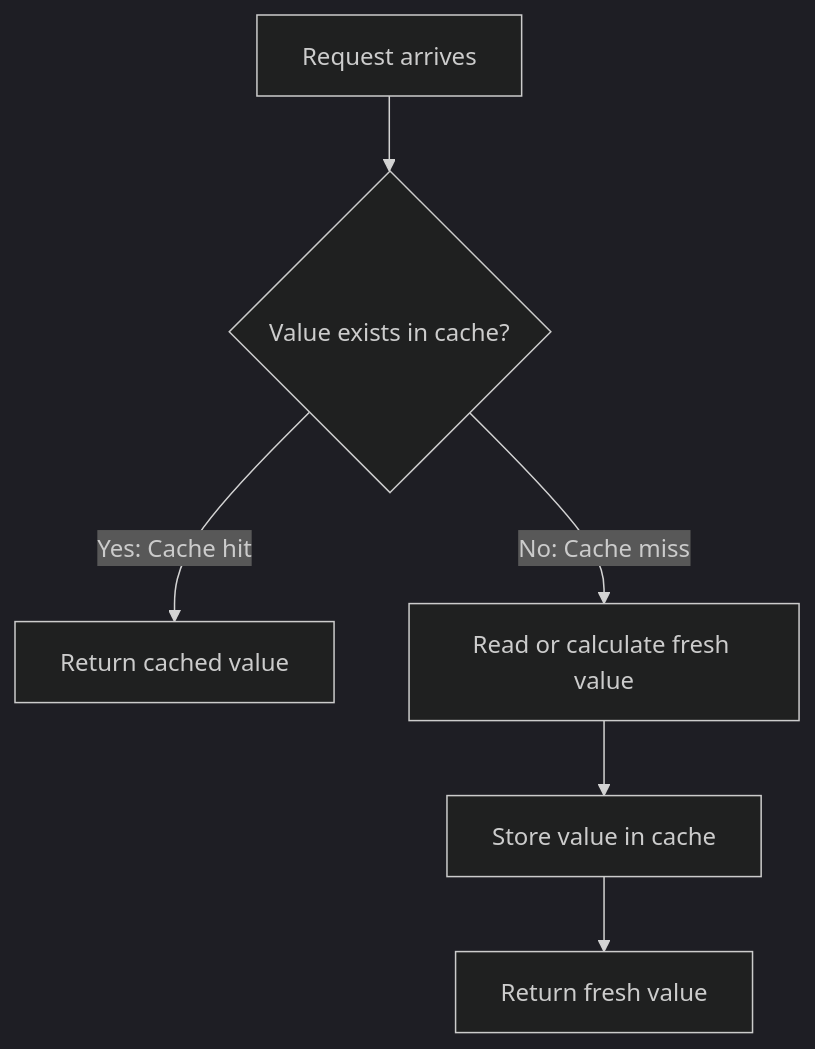
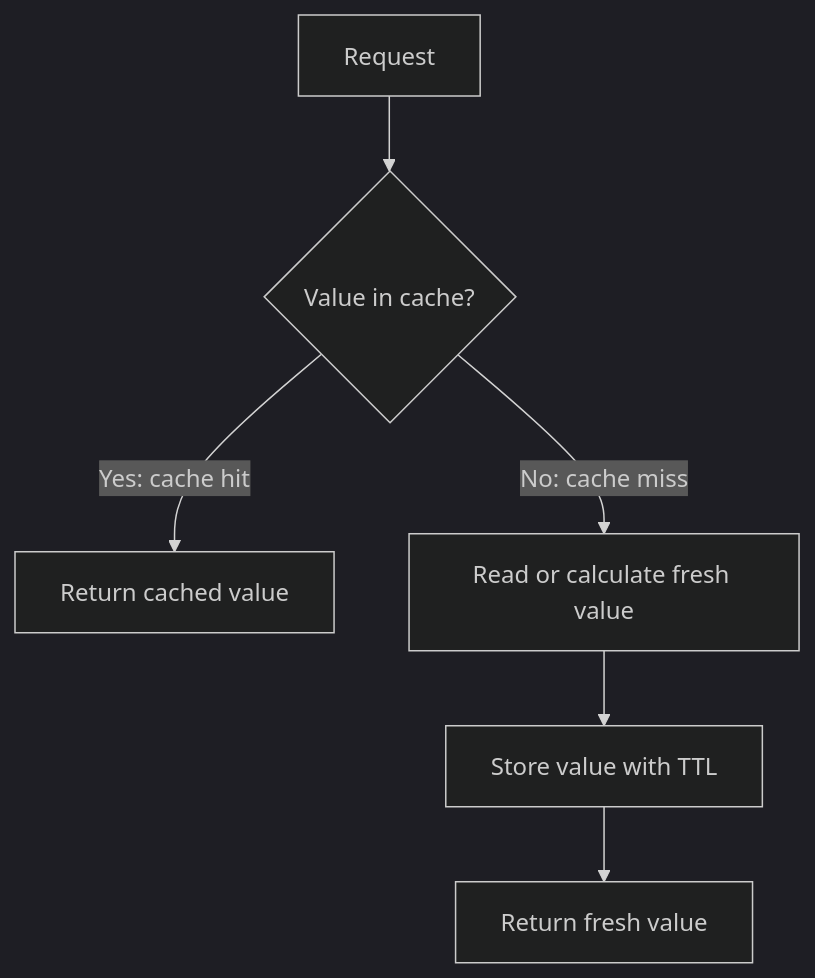
The first of 6 diagrams in src/content/django/caching-framework.md (AvadhBhalodiya/Interview-Preparation), drawn with Mermaid (dark theme) before and after one commit. The commit also changed other lines of this file and 80 other files, not shown here.

````diff
--- a/src/content/django/caching-framework.md
+++ b/src/content/django/caching-framework.md
@@ -20,8 +44,8 @@
 ```mermaid
 flowchart TD
-    A[Request arrives] --> B{Value exists in cache?}
-    B -- Yes: Cache hit --> C[Return cached value]
-    B -- No: Cache miss --> D[Read or calculate fresh value]
-    D --> E[Store value in cache]
+    A[Request] --> B{Value in cache?}
+    B -- Yes: cache hit --> C[Return cached value]
+    B -- No: cache miss --> D[Read or calculate fresh value]
+    D --> E[Store value with TTL]
     E --> F[Return fresh value]
 ```
````
